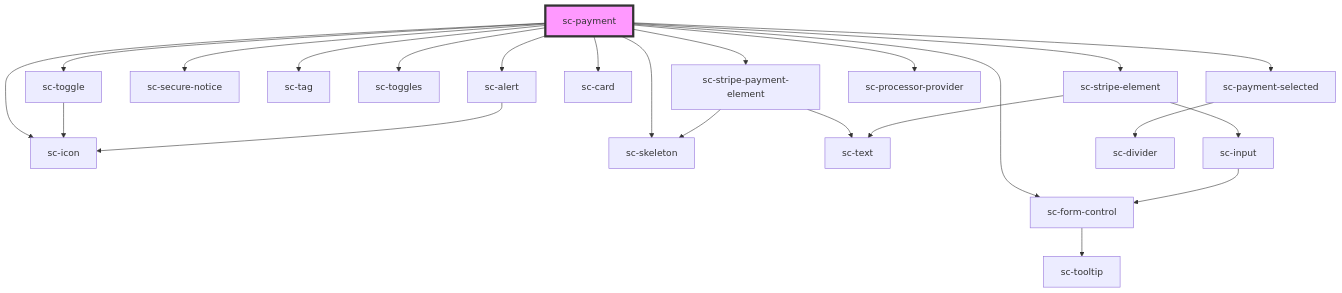
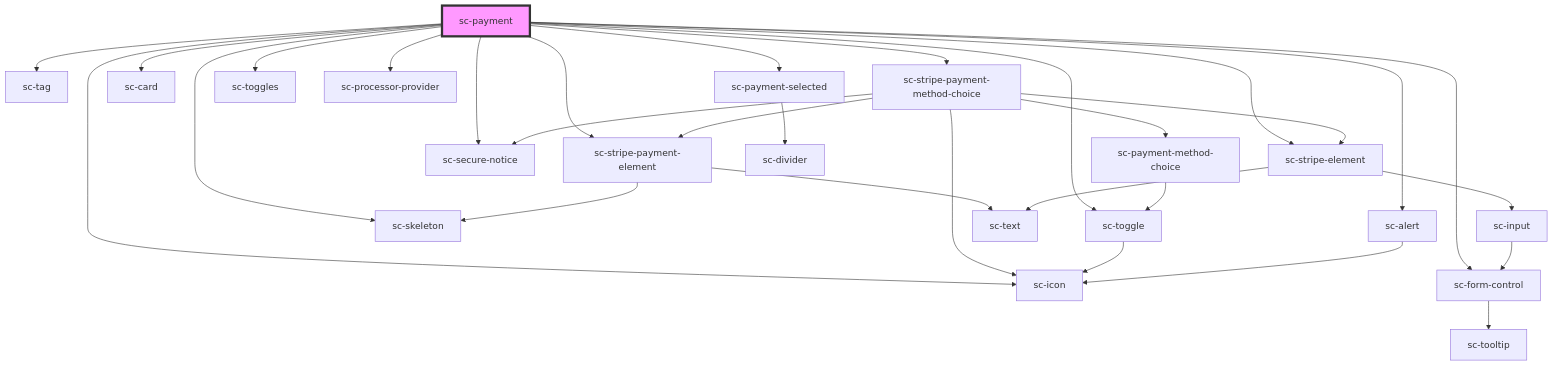
The diagram in packages/components/src/components/controllers/checkout-form/payment/readme.md (surecart/surecart-wp-plugin), drawn with Mermaid before and after one commit. The commit also changed other lines of this file and 52 other files, not shown here.

````diff
--- a/packages/components/src/components/controllers/checkout-form/payment/readme.md
+++ b/packages/components/src/components/controllers/checkout-form/payment/readme.md
@@ -54,26 +56,33 @@
 ```mermaid
 graph TD;
   sc-payment --> sc-stripe-payment-element
   sc-payment --> sc-stripe-element
   sc-payment --> sc-secure-notice
   sc-payment --> sc-tag
-  sc-payment --> sc-form-control
-  sc-payment --> sc-toggles
+  sc-payment --> sc-stripe-payment-method-choice
   sc-payment --> sc-toggle
   sc-payment --> sc-icon
   sc-payment --> sc-card
   sc-payment --> sc-payment-selected
+  sc-payment --> sc-form-control
+  sc-payment --> sc-toggles
   sc-payment --> sc-skeleton
   sc-payment --> sc-alert
   sc-payment --> sc-processor-provider
   sc-stripe-payment-element --> sc-text
   sc-stripe-payment-element --> sc-skeleton
   sc-stripe-element --> sc-input
   sc-stripe-element --> sc-text
   sc-input --> sc-form-control
   sc-form-control --> sc-tooltip
+  sc-stripe-payment-method-choice --> sc-stripe-payment-element
+  sc-stripe-payment-method-choice --> sc-stripe-element
+  sc-stripe-payment-method-choice --> sc-secure-notice
+  sc-stripe-payment-method-choice --> sc-payment-method-choice
+  sc-stripe-payment-method-choice --> sc-icon
+  sc-payment-method-choice --> sc-toggle
   sc-toggle --> sc-icon
   sc-payment-selected --> sc-divider
   sc-alert --> sc-icon
   style sc-payment fill:#f9f,stroke:#333,stroke-width:4px
 ```
````
